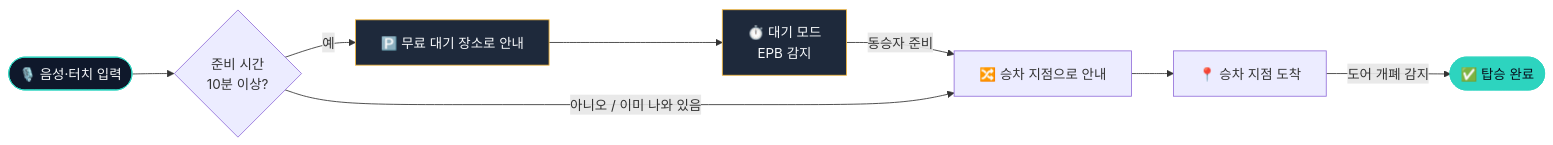
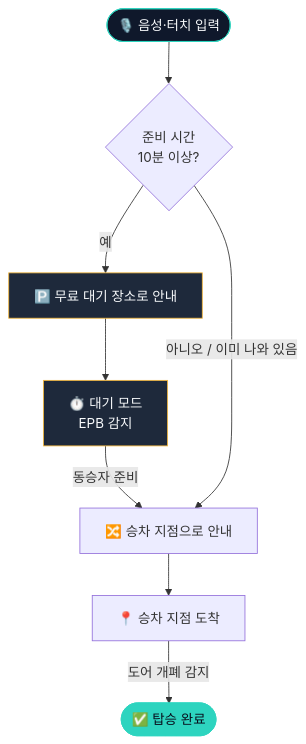
One commit to gksgpals/pickmeup-app changed the first of 2 diagrams in README.md. Above: the diagram before and after it, drawn with Mermaid.

Commit message:
README 픽업 흐름도를 세로 배치로 변경

````diff
--- a/README.md
+++ b/README.md
@@ -59,15 +59,15 @@
 ```mermaid
-flowchart LR
+flowchart TD
     A([🎙️ 음성·터치 입력]) --> B{준비 시간<br/>10분 이상?}
     B -- 예 --> C[🅿️ 무료 대기 장소로 안내]
     C --> D[⏱️ 대기 모드<br/>EPB 감지]
     D -- 동승자 준비 --> E
     B -- 아니오 / 이미 나와 있음 --> E[🔀 승차 지점으로 안내]
     E --> F[📍 승차 지점 도착]
     F -- 도어 개폐 감지 --> G([✅ 탑승 완료])
 
     style A fill:#0F182B,stroke:#2DD4BF,color:#F8FAFC
     style G fill:#2DD4BF,stroke:#2DD4BF,color:#080E1C
     style C fill:#1E293B,stroke:#F5B83D,color:#F8FAFC
     style D fill:#1E293B,stroke:#F5B83D,color:#F8FAFC
 ```
````
